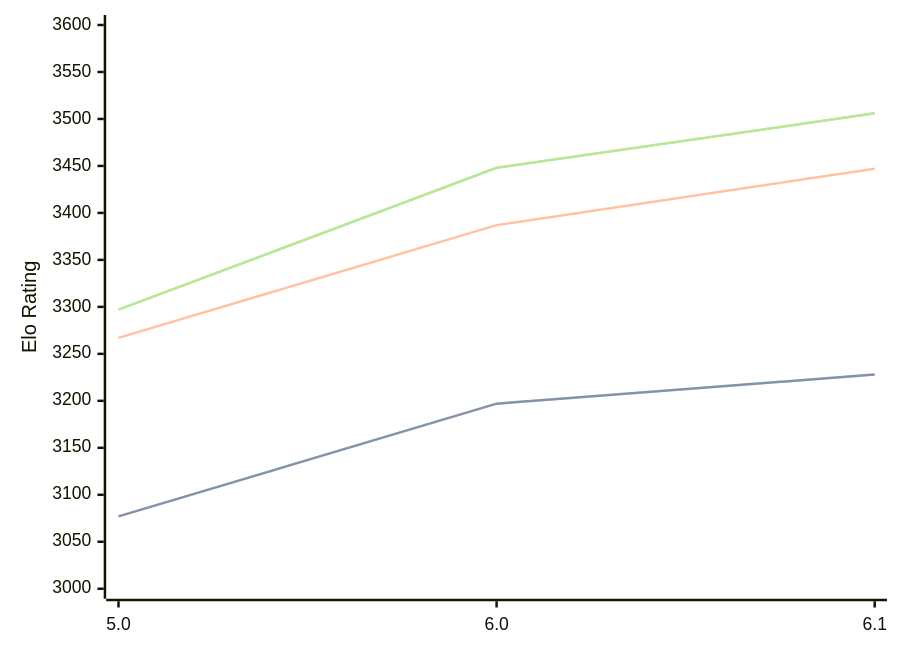
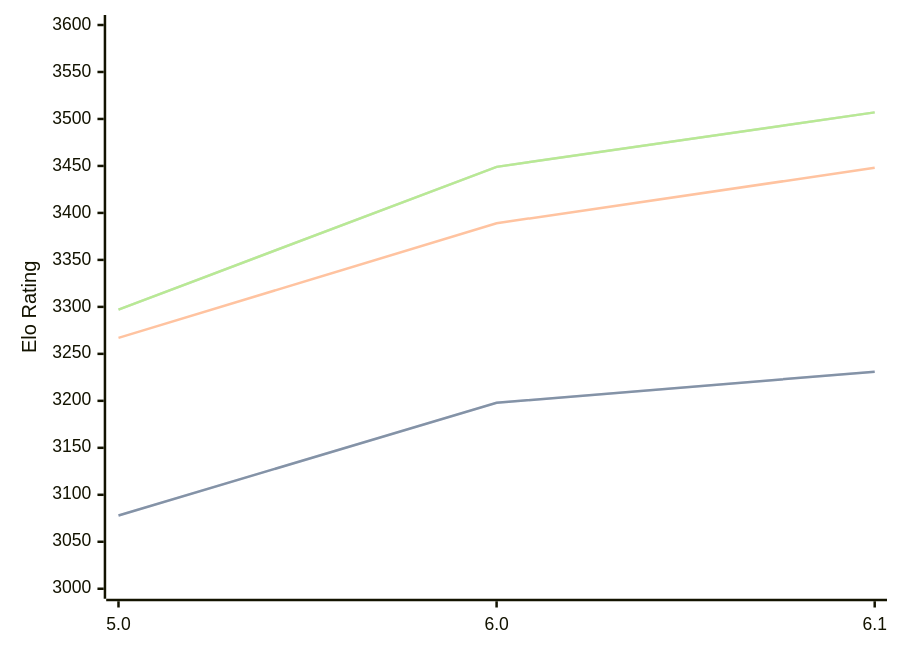
Before and after one commit to computer-chess-index/cci: the diagram in engines/PZChessBot.md, drawn with Mermaid. The commit also changed other lines of this file, not shown here.

Commit message:
Update CCI Ratings (ELO VLTC) - 2026-04-13

````diff
--- a/engines/PZChessBot.md
+++ b/engines/PZChessBot.md
@@ -42,11 +42,11 @@
 ```mermaid
 %%{init: {"theme":"base","themeVariables":{"seriesColors:['#a3a3a3','#222221','#faa371']}}}%%
 xychart-beta
   x-axis ["5.0", "6.0", "6.1"]
   y-axis "Elo Rating" 3000 --> 3600
-  line "STC (8.0+0.08s)" [3077, 3197, 3228]
-  line "STC (8.0+0.08s)" [3077, 3197, 3228]
-  line "LTC (60.0+0.60s)" [3267, 3387, 3447]
-  line "VLTC (2m24s+1.12s)" [3297, 3448, 3506]
-  line "VLTC (2m24s+1.12s)" [3297, 3448, 3506]
+  line "STC (8.0+0.08s)" [3078, 3198, 3231]
+  line "STC (8.0+0.08s)" [3078, 3198, 3231]
+  line "LTC (60.0+0.60s)" [3267, 3389, 3448]
+  line "VLTC (2m24s+1.12s)" [3297, 3449, 3507]
+  line "VLTC (2m24s+1.12s)" [3297, 3449, 3507]
 ```
````
